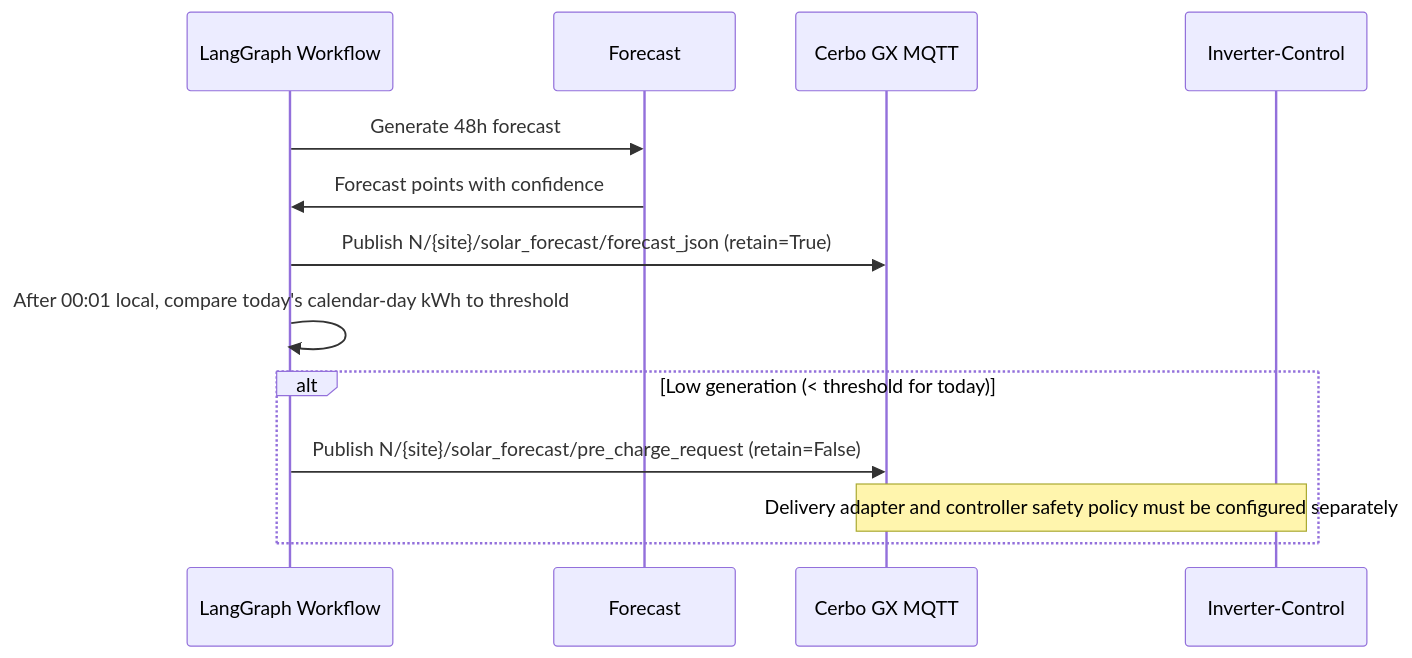
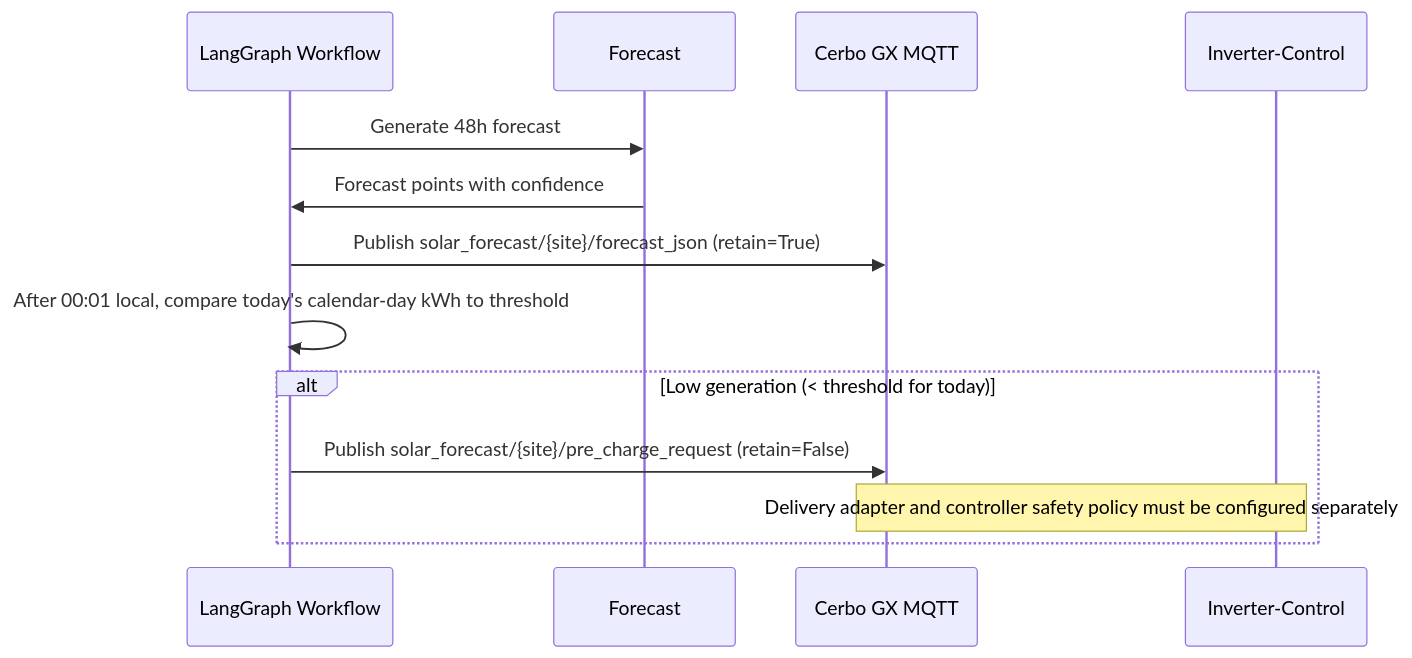
Before and after one commit to 4alvit/solar-forecast-langgraph: the second of 3 diagrams in README.md, drawn with Mermaid. The commit also changed other lines of this file and 3 other files, not shown here.

````diff
--- a/README.md
+++ b/README.md
@@ -178,16 +178,16 @@
 ```mermaid
 sequenceDiagram
     participant WF as LangGraph Workflow
     participant FC as Forecast
     participant CB as Cerbo GX MQTT
     participant IC as Inverter-Control
 
     WF->>FC: Generate 48h forecast
     FC->>WF: Forecast points with confidence
-    WF->>CB: Publish N/{site}/solar_forecast/forecast_json (retain=True)
+    WF->>CB: Publish solar_forecast/{site}/forecast_json (retain=True)
     WF->>WF: After 00:01 local, compare today's calendar-day kWh to threshold
     alt Low generation (< threshold for today)
-        WF->>CB: Publish N/{site}/solar_forecast/pre_charge_request (retain=False)
+        WF->>CB: Publish solar_forecast/{site}/pre_charge_request (retain=False)
         Note over CB,IC: Delivery adapter and controller safety policy must be configured separately
     end
 ```
````
